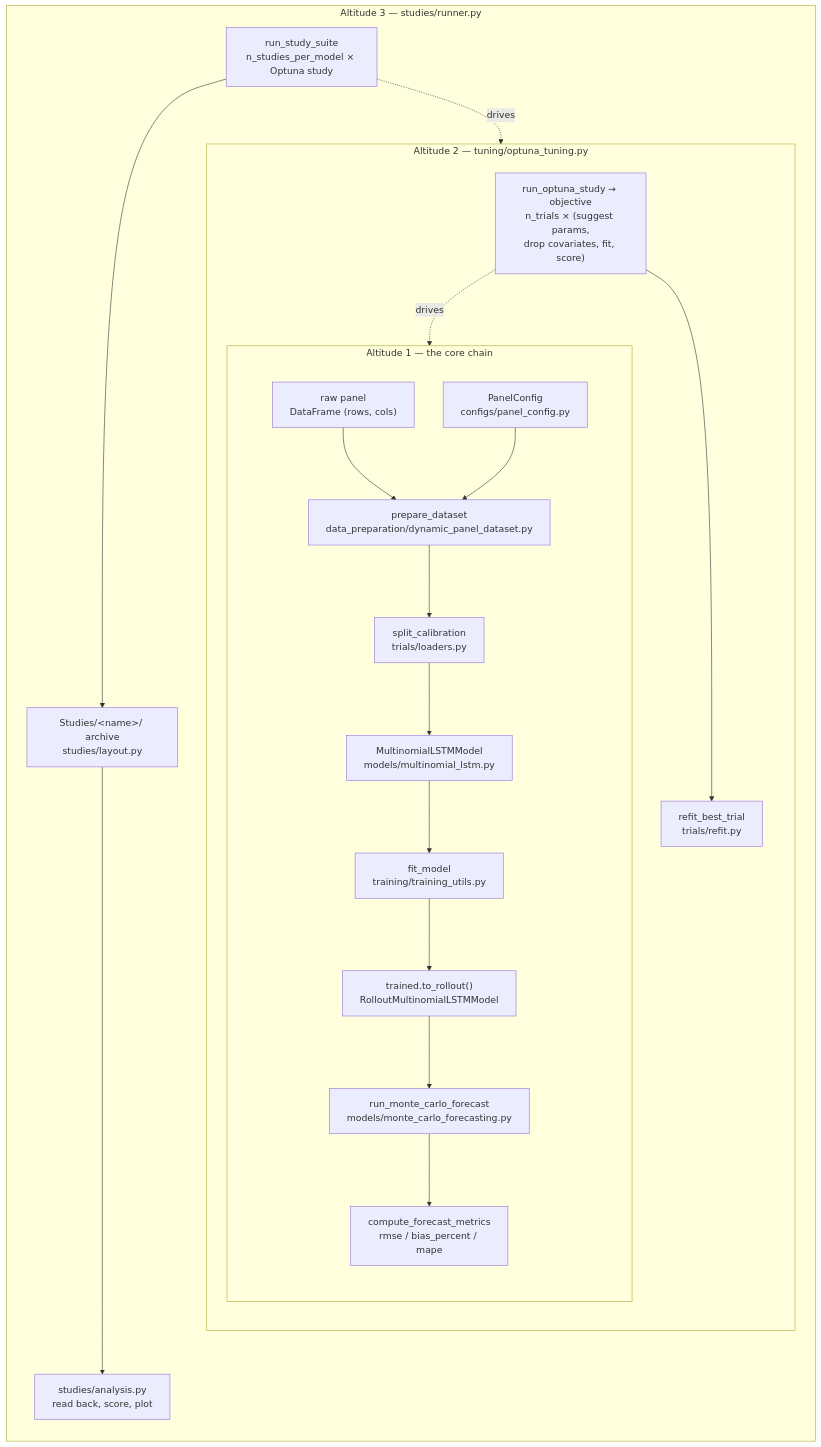
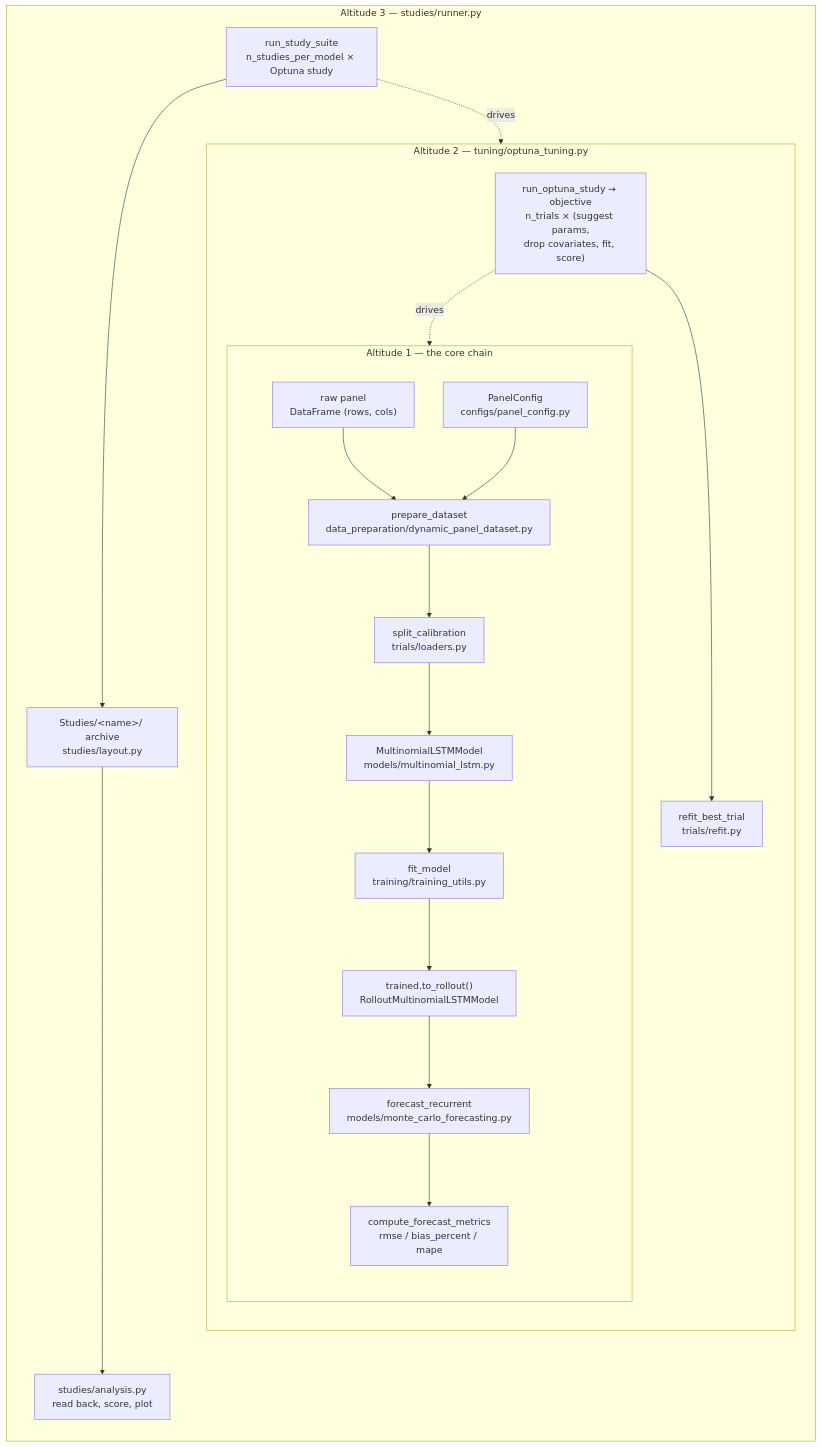
The first of 3 diagrams in docs/running-a-model.md (HuberPablo/panelclv), drawn with Mermaid before and after one commit. The commit also changed other lines of this file and 30 other files, not shown here.

````diff
--- a/docs/running-a-model.md
+++ b/docs/running-a-model.md
@@ -49,33 +49,33 @@
 ```mermaid
 flowchart TD
     subgraph A3["Altitude 3 — studies/runner.py"]
         direction TB
         subgraph A2["Altitude 2 — tuning/optuna_tuning.py"]
             direction TB
             subgraph A1["Altitude 1 — the core chain"]
                 direction TB
                 P["raw panel<br/>DataFrame (rows, cols)"]
                 C["PanelConfig<br/>configs/panel_config.py"]
                 D["prepare_dataset<br/>data_preparation/dynamic_panel_dataset.py"]
                 L["split_calibration<br/>trials/loaders.py"]
                 M["MultinomialLSTMModel<br/>models/multinomial_lstm.py"]
                 F["fit_model<br/>training/training_utils.py"]
                 I["trained.to_rollout()<br/>RolloutMultinomialLSTMModel"]
-                R["run_monte_carlo_forecast<br/>models/monte_carlo_forecasting.py"]
+                R["forecast_recurrent<br/>models/monte_carlo_forecasting.py"]
                 S["compute_forecast_metrics<br/>rmse / bias_percent / mape"]
                 P --> D
                 C --> D
                 D --> L --> M --> F --> I --> R --> S
             end
             O["run_optuna_study → objective<br/>n_trials × (suggest params,<br/>drop covariates, fit, score)"]
             W["refit_best_trial<br/>trials/refit.py"]
             O -.->|"drives"| A1
             O --> W
         end
         SS["run_study_suite<br/>n_studies_per_model × Optuna study"]
         AR["Studies/&lt;name&gt;/ archive<br/>studies/layout.py"]
         AN["studies/analysis.py<br/>read back, score, plot"]
         SS -.->|"drives"| A2
         SS --> AR --> AN
     end
 ```
````
